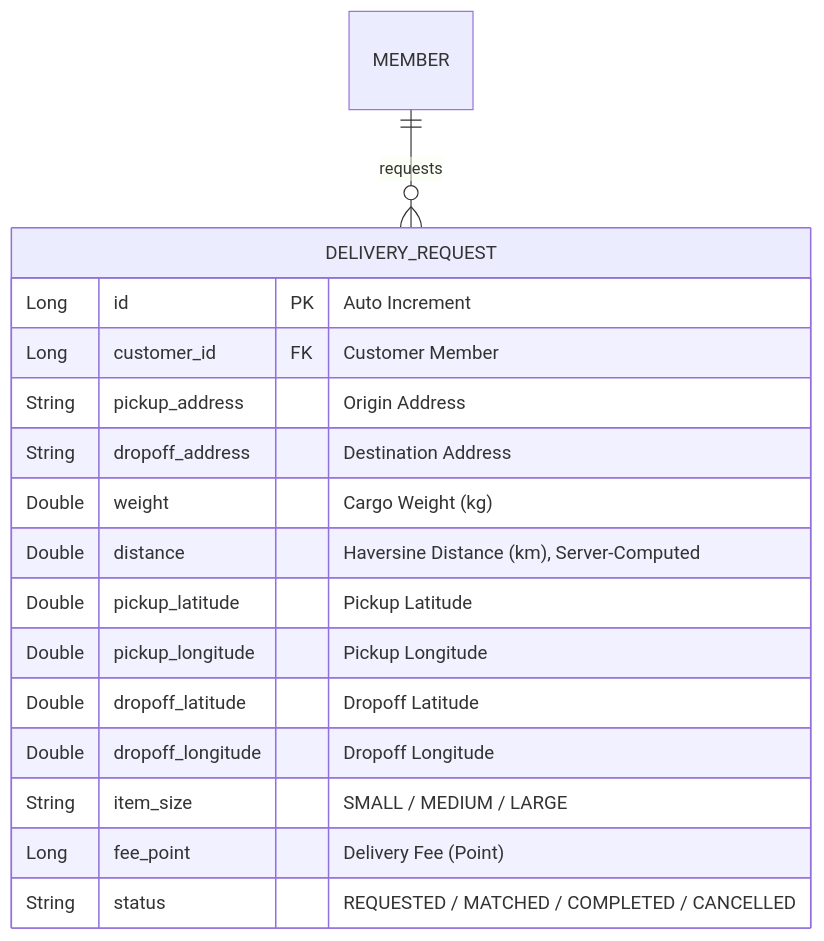
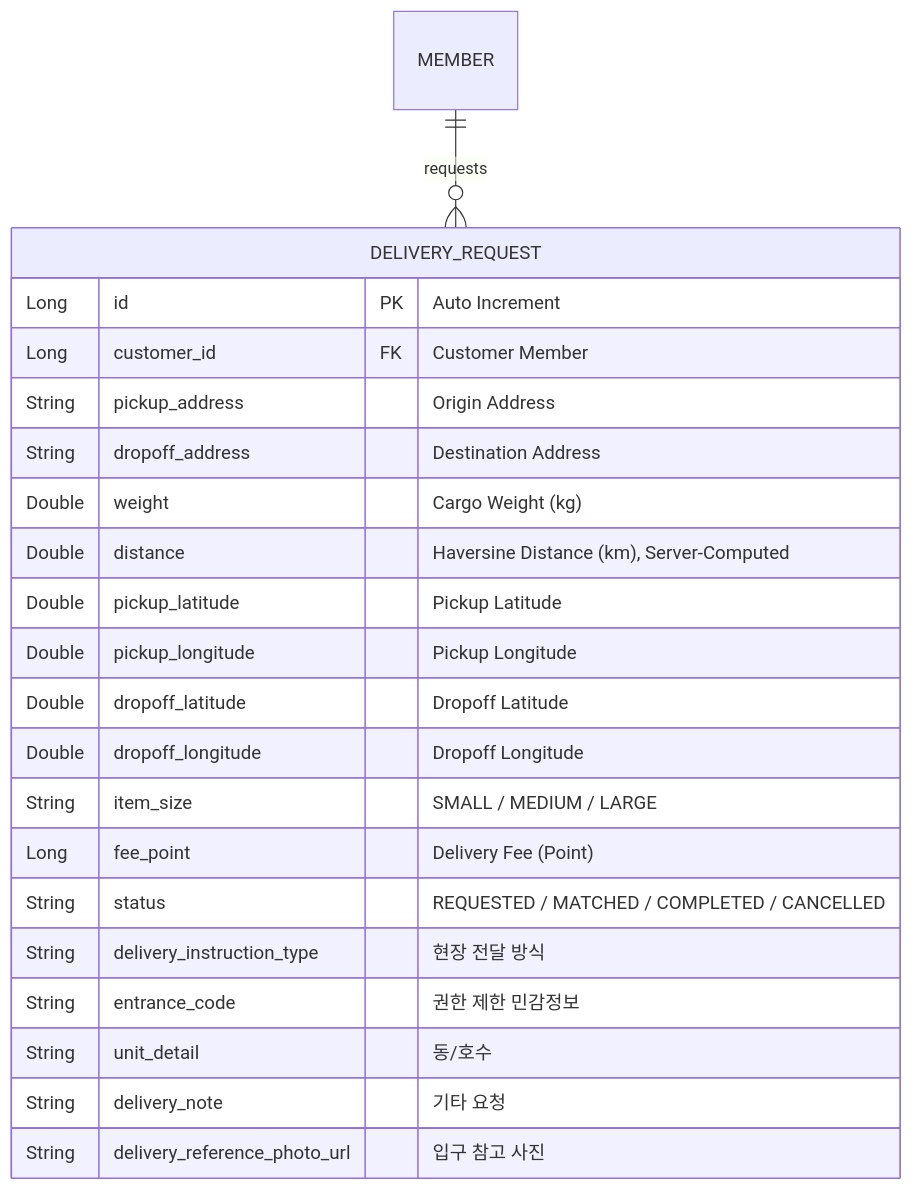
Before and after one commit to ShinhanDSProject/shinhan-delivery: the first of 2 diagrams in docs/design/배송-요청-기능-설계서.md, drawn with Mermaid. The commit also changed other lines of this file and 13 other files, not shown here.

````diff
--- a/docs/design/배송-요청-기능-설계서.md
+++ b/docs/design/배송-요청-기능-설계서.md
@@ -20,19 +28,24 @@
 ```mermaid
 erDiagram
     MEMBER ||--o{ DELIVERY_REQUEST : "requests"
     DELIVERY_REQUEST {
         Long id PK "Auto Increment"
         Long customer_id FK "Customer Member"
         String pickup_address "Origin Address"
         String dropoff_address "Destination Address"
         Double weight "Cargo Weight (kg)"
         Double distance "Haversine Distance (km), Server-Computed"
         Double pickup_latitude "Pickup Latitude"
         Double pickup_longitude "Pickup Longitude"
         Double dropoff_latitude "Dropoff Latitude"
         Double dropoff_longitude "Dropoff Longitude"
         String item_size "SMALL / MEDIUM / LARGE"
         Long fee_point "Delivery Fee (Point)"
         String status "REQUESTED / MATCHED / COMPLETED / CANCELLED"
+        String delivery_instruction_type "현장 전달 방식"
+        String entrance_code "권한 제한 민감정보"
+        String unit_detail "동/호수"
+        String delivery_note "기타 요청"
+        String delivery_reference_photo_url "입구 참고 사진"
     }
 ```
````
